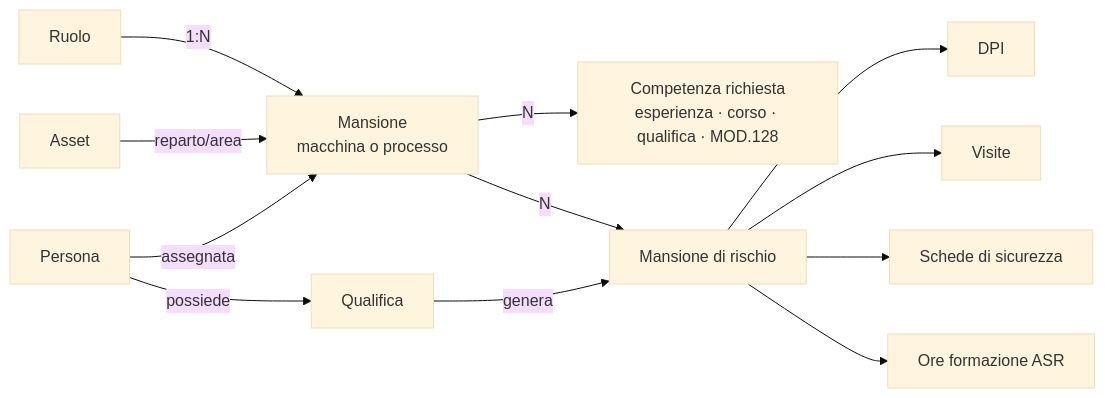
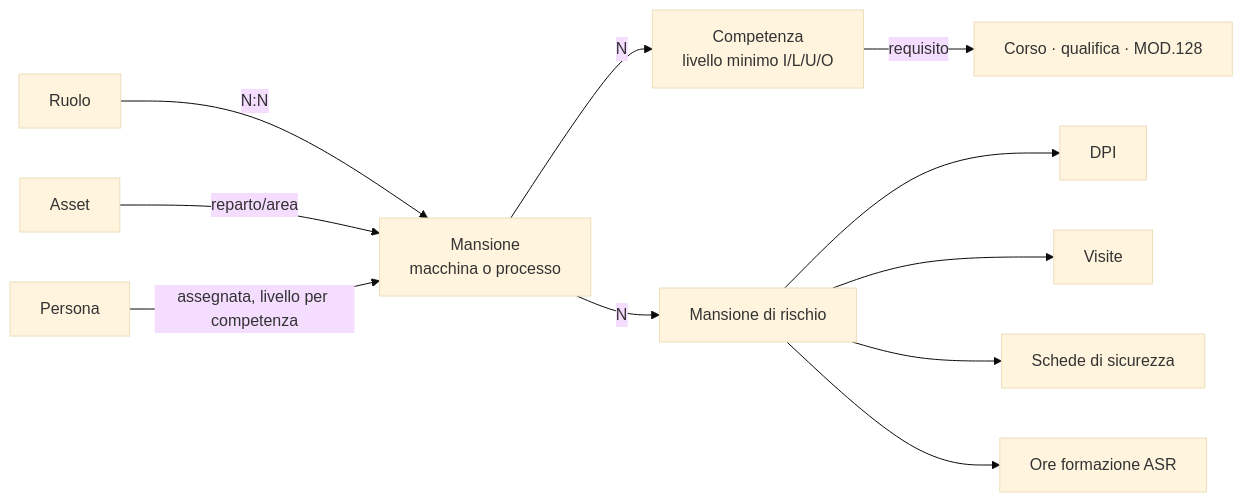
One commit to brividich/CRM-Brizio changed the diagram in docs/superpowers/specs/2026-10-15-mansionario-ruolo-mansione-competenze-rischio-design.md. Above: the diagram before and after it, drawn with Mermaid (base theme). The commit also changed other lines of this file, not shown here.

````diff
--- a/docs/superpowers/specs/2026-10-15-mansionario-ruolo-mansione-competenze-rischio-design.md
+++ b/docs/superpowers/specs/2026-10-15-mansionario-ruolo-mansione-competenze-rischio-design.md
@@ -49,11 +54,10 @@
 ```mermaid
 flowchart LR
-  R[Ruolo] -->|1:N| M[Mansione<br/>macchina o processo]
+  R[Ruolo] -->|N:N| M[Mansione<br/>macchina o processo]
   A[Asset] -->|reparto/area| M
-  M -->|N| C[Competenza richiesta<br/>esperienza · corso · qualifica · MOD.128]
+  M -->|N| C[Competenza<br/>livello minimo I/L/U/O]
+  C -->|requisito| Q[Corso · qualifica · MOD.128]
   M -->|N| MR[Mansione di rischio]
-  Q[Qualifica] -->|genera| MR
-  P[Persona] -->|assegnata| M
-  P -->|possiede| Q
+  P[Persona] -->|assegnata, livello per competenza| M
   MR --> DPI & V[Visite] & SDS[Schede di sicurezza] & ASR[Ore formazione ASR]
 ```
````
